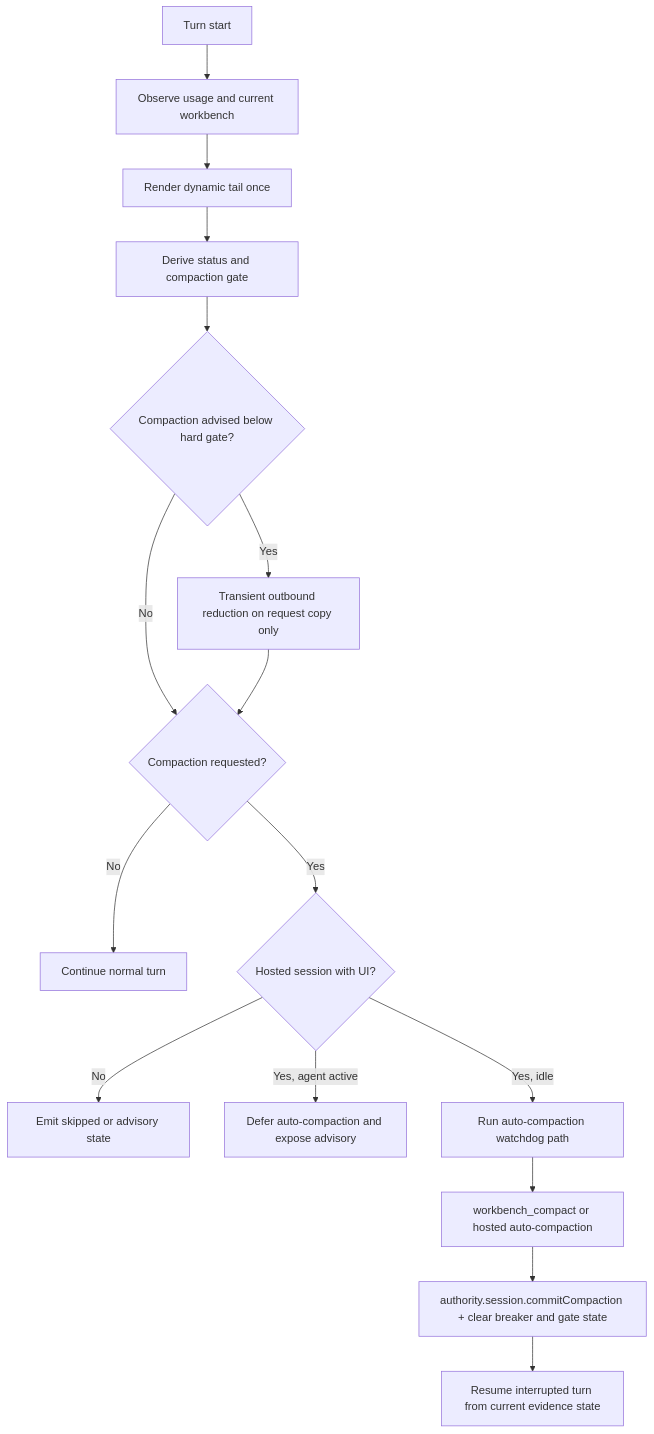
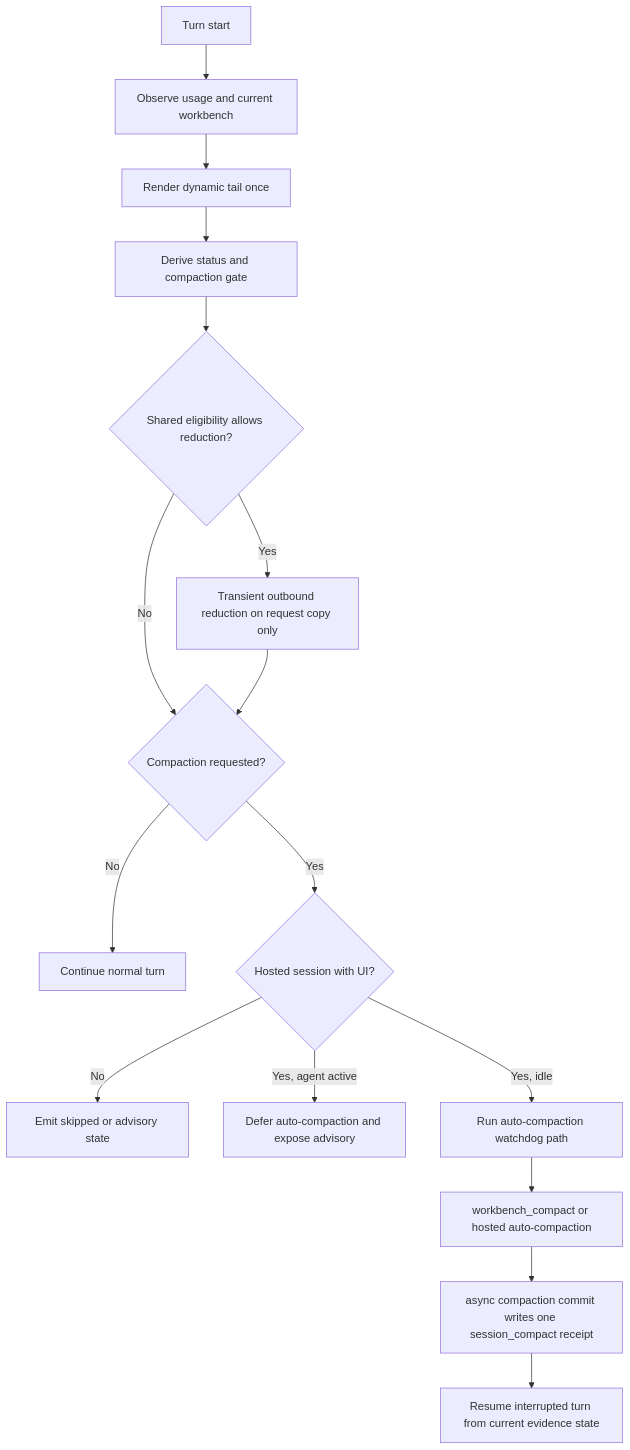
One commit to arcthur/brewva changed the diagram in docs/journeys/internal/context-and-compaction.md. Above: the diagram before and after it, drawn with Mermaid. The commit also changed other lines of this file and 92 other files, not shown here.

````diff
--- a/docs/journeys/internal/context-and-compaction.md
+++ b/docs/journeys/internal/context-and-compaction.md
@@ -41,18 +41,18 @@
 ```mermaid
 flowchart TD
   A["Turn start"] --> B["Observe usage and current workbench"]
   B --> C["Render dynamic tail once"]
   C --> D["Derive status and compaction gate"]
-  D --> R{"Compaction advised below hard gate?"}
+  D --> R{"Shared eligibility allows reduction?"}
   R -->|Yes| S["Transient outbound reduction on request copy only"]
   R -->|No| E{"Compaction requested?"}
   S --> E
   E -->|No| F["Continue normal turn"]
   E -->|Yes| G{"Hosted session with UI?"}
   G -->|No| H["Emit skipped or advisory state"]
   G -->|Yes, agent active| I["Defer auto-compaction and expose advisory"]
   G -->|Yes, idle| J["Run auto-compaction watchdog path"]
   J --> K["workbench_compact or hosted auto-compaction"]
-  K --> L["authority.session.commitCompaction + clear breaker and gate state"]
+  K --> L["async compaction commit writes one session_compact receipt"]
   L --> M["Resume interrupted turn from current evidence state"]
 ```
````
